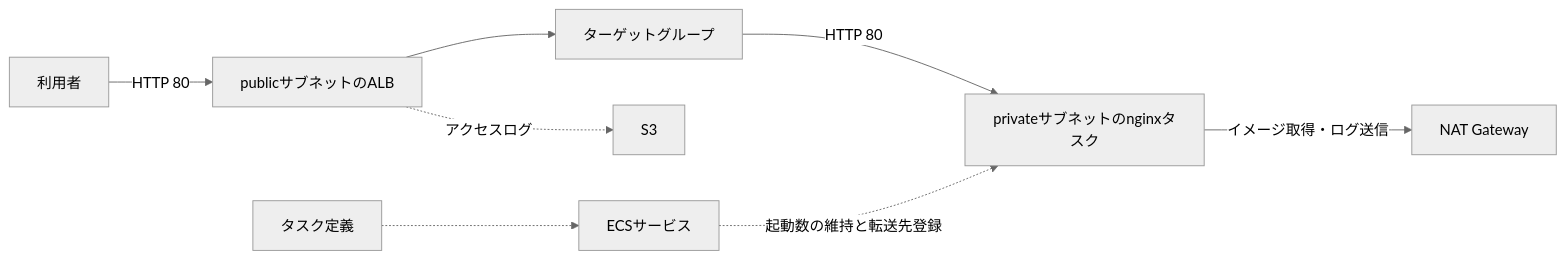
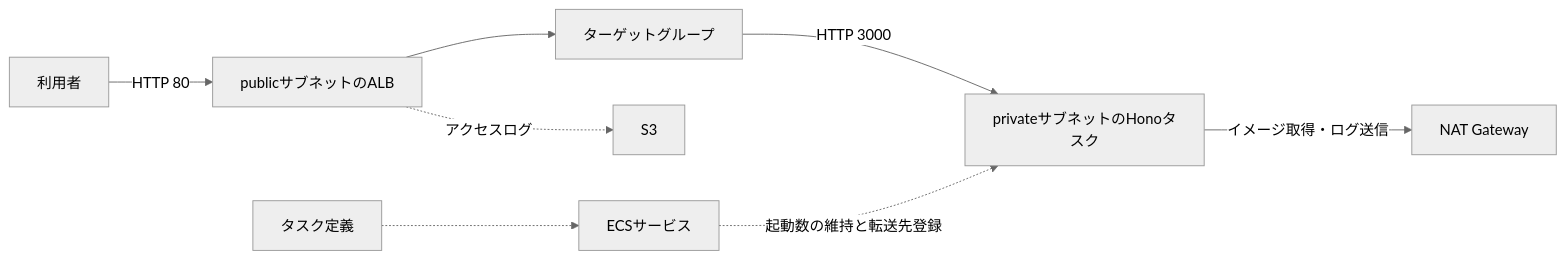
Before and after one commit to kojiyamauchi/hono-app: the fourth of 4 diagrams in README.md, drawn with Mermaid (neutral theme). The commit also changed other lines of this file and 1 other file, not shown here.

````diff
--- a/README.md
+++ b/README.md
@@ -515,10 +532,10 @@
 ```mermaid
 flowchart LR
   client[利用者] -->|HTTP 80| alb[publicサブネットのALB]
   alb --> target[ターゲットグループ]
-  target -->|HTTP 80| task[privateサブネットのnginxタスク]
+  target -->|HTTP 3000| task[privateサブネットのHonoタスク]
   definition[タスク定義] -.-> service[ECSサービス]
   service -. 起動数の維持と転送先登録 .-> task
   task -->|イメージ取得・ログ送信| nat[NAT Gateway]
   alb -. アクセスログ .-> s3[S3]
 ```
````
